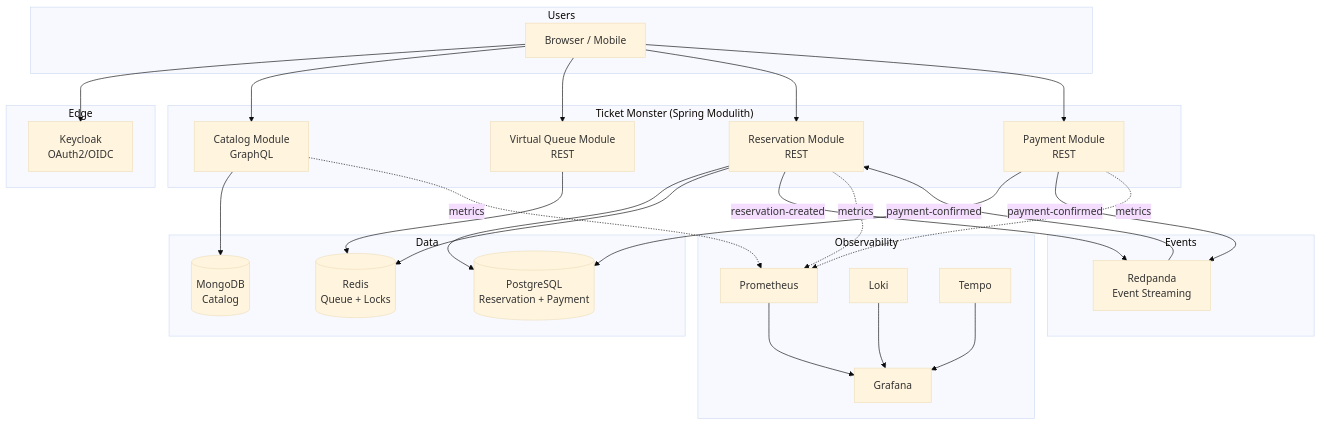
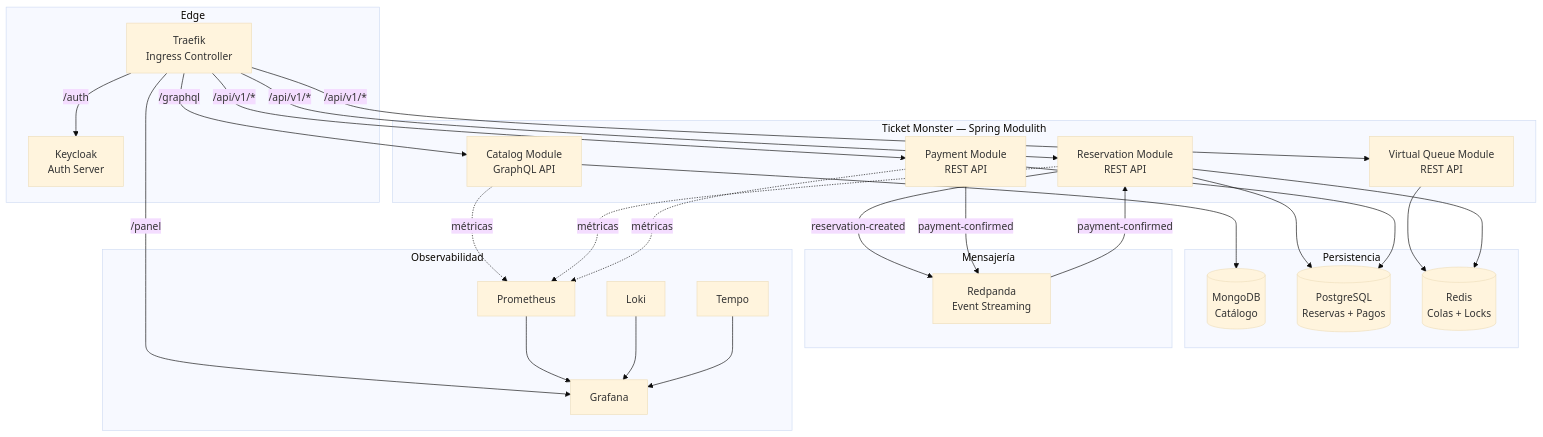
One commit to jrgavilanes/ticket-monster changed the third of 15 diagrams in README.md. Above: the diagram before and after it, drawn with Mermaid (base theme). The commit also changed other lines of this file and 3 other files, not shown here.

````diff
--- a/README.md
+++ b/README.md
@@ -13,54 +203,52 @@
 ```mermaid
 flowchart TB
-    subgraph Users
-        Browser[Browser / Mobile]
+    subgraph Edge2["Edge"]
+        Traefik2[Traefik<br/>Ingress Controller]
+        KC2[Keycloak<br/>Auth Server]
     end
 
-    subgraph Edge
-        KC[Keycloak<br/>OAuth2/OIDC]
+    subgraph Monolith["Ticket Monster — Spring Modulith"]
+        CAT[Catalog Module<br/>GraphQL API]
+        VQ[Virtual Queue Module<br/>REST API]
+        RES[Reservation Module<br/>REST API]
+        PAY[Payment Module<br/>REST API]
     end
 
-    subgraph Monolith["Ticket Monster (Spring Modulith)"]
-        CAT[Catalog Module<br/>GraphQL]
-        VQ[Virtual Queue Module<br/>REST]
-        RES[Reservation Module<br/>REST]
-        PAY[Payment Module<br/>REST]
+    subgraph Data["Persistencia"]
+        MONGO[(MongoDB<br/>Catálogo)]
+        PG[(PostgreSQL<br/>Reservas + Pagos)]
+        REDIS[(Redis<br/>Colas + Locks)]
     end
 
-    subgraph Data
-        MONGO[(MongoDB<br/>Catalog)]
-        PG[(PostgreSQL<br/>Reservation + Payment)]
-        REDIS[(Redis<br/>Queue + Locks)]
-    end
-
-    subgraph Events
+    subgraph Events["Mensajería"]
         RP[Redpanda<br/>Event Streaming]
     end
 
-    subgraph Observability
+    subgraph Obs["Observabilidad"]
         GRAF[Grafana]
         PROM[Prometheus]
         LOKI[Loki]
         TEMPO[Tempo]
     end
 
-    Browser --> KC
-    Browser --> CAT
-    Browser --> VQ
-    Browser --> RES
-    Browser --> PAY
+    Traefik2 -->|/graphql| CAT
+    Traefik2 -->|/api/v1/*| VQ
+    Traefik2 -->|/api/v1/*| RES
+    Traefik2 -->|/api/v1/*| PAY
+    Traefik2 -->|/auth| KC2
+    Traefik2 -->|/panel| GRAF
     CAT --> MONGO
     RES --> PG
     PAY --> PG
     VQ --> REDIS
     RES --> REDIS
     RES -->|reservation-created| RP
     PAY -->|payment-confirmed| RP
     RP -->|payment-confirmed| RES
-    CAT -.->|metrics| PROM
-    RES -.->|metrics| PROM
-    PAY -.->|metrics| PROM
+    CAT -.->|métricas| PROM
+    RES -.->|métricas| PROM
+    PAY -.->|métricas| PROM
     PROM --> GRAF
     LOKI --> GRAF
     TEMPO --> GRAF
 ```
````
